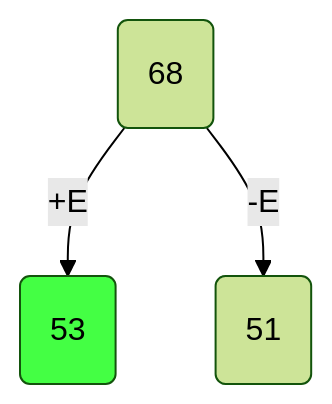
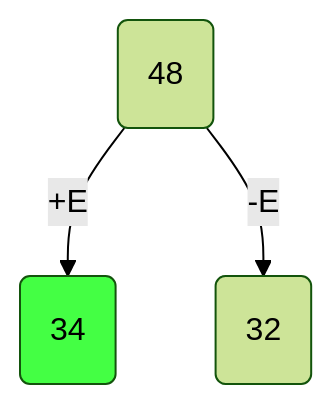
One commit to ggpillow/algorithm changed the first of 10 diagrams in 18task.md. Above: the diagram before and after it, drawn with Mermaid (forest theme). The commit also changed other lines of this file, not shown here.

````diff
--- a/18task.md
+++ b/18task.md
@@ -64,10 +64,10 @@
 ``` mermaid
 flowchart TD
-A(68)
-B(53)
-C(51)
+A(48)
+B(34)
+C(32)
 A -- +E--> B
 A -- -E--> C
 
 style B fill:#4f4f
 ```
````
